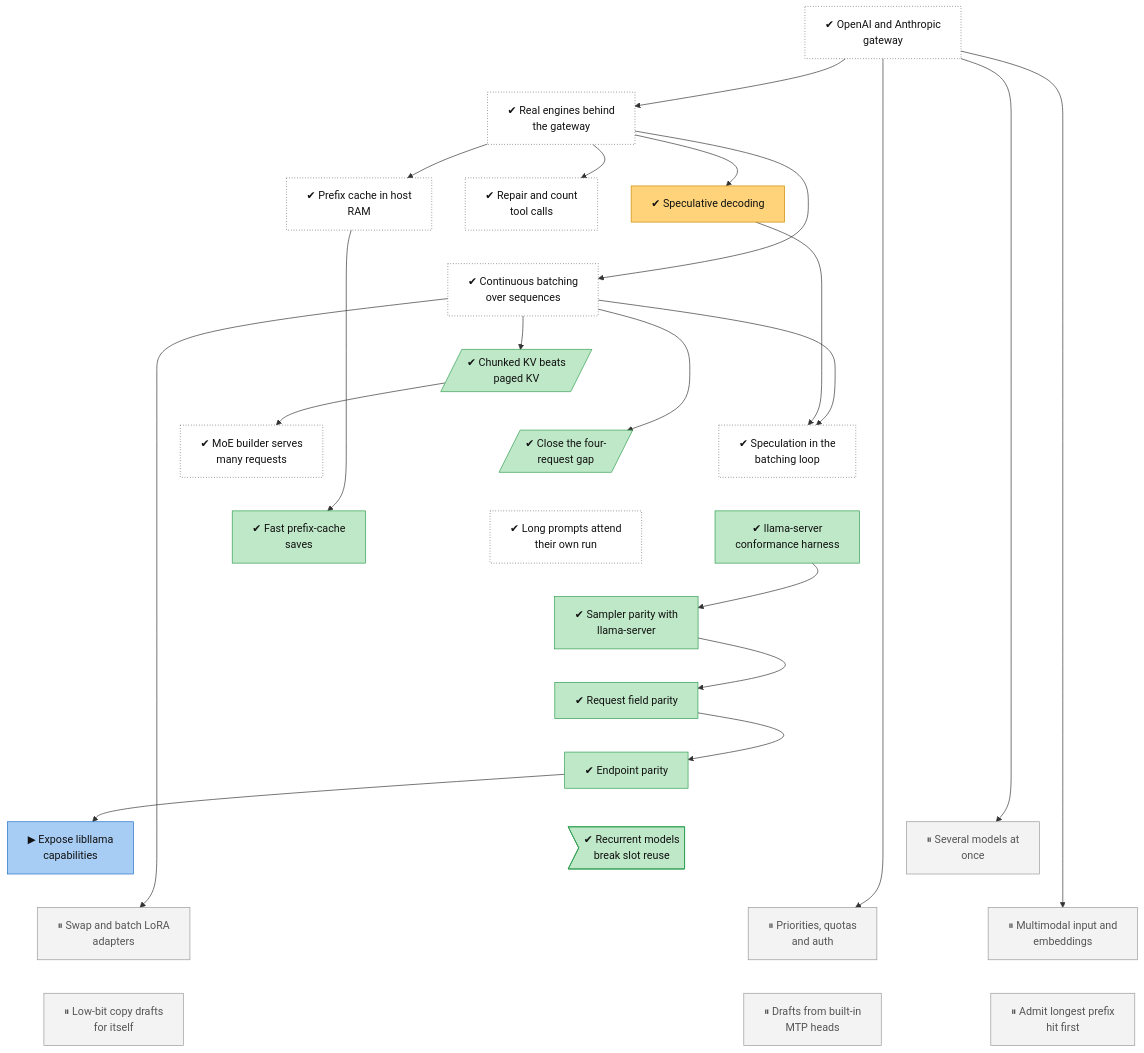
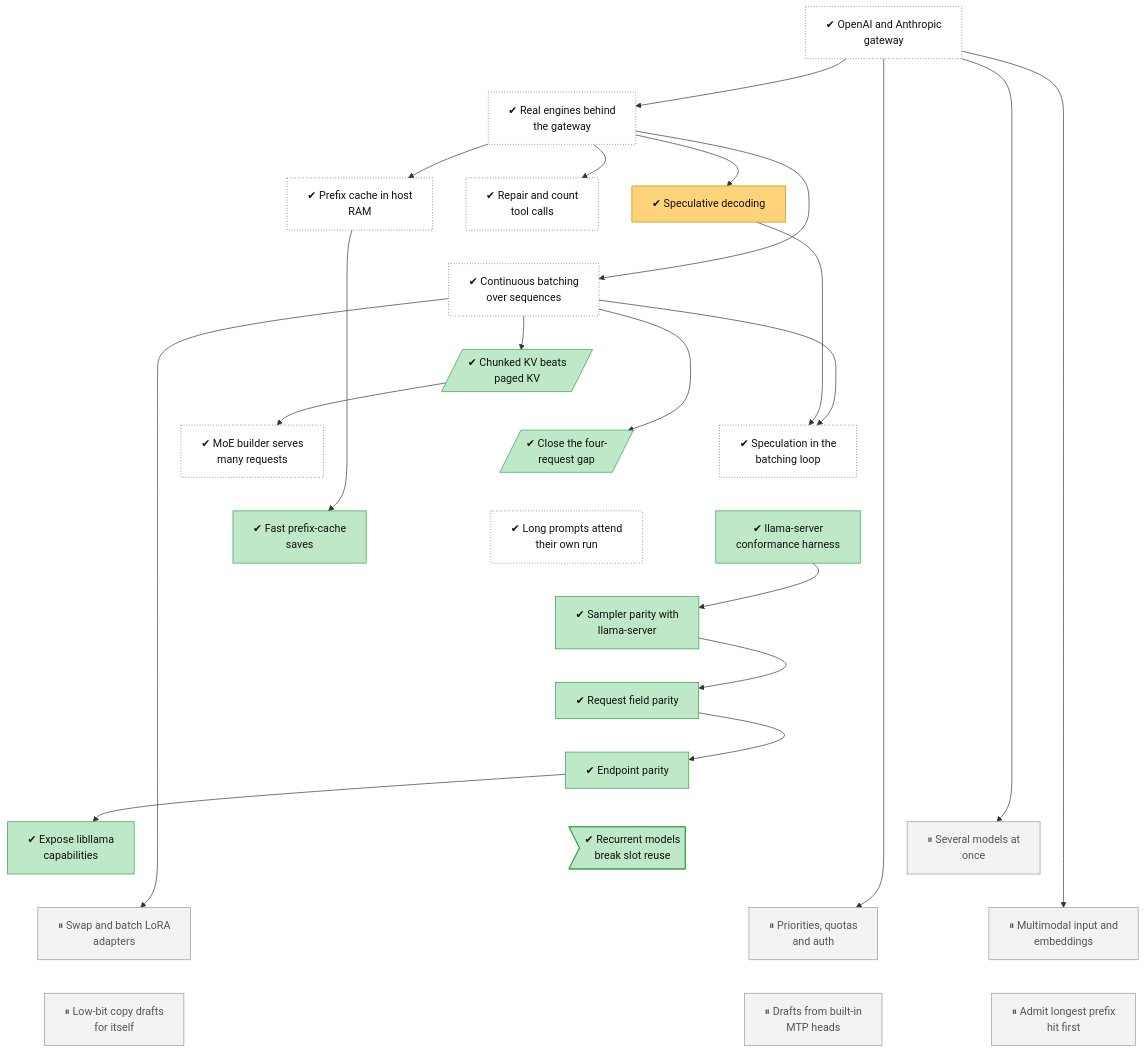
One commit to lhns/tetraeder changed the diagram in docs/roadmap/tracks/serving.md. Above: the diagram before and after it, drawn with Mermaid. The commit also changed other lines of this file and 4 other files, not shown here.

Commit message:
Tree: serving-parity-libllama done, CI run 45145783401 green on Linux, serving-parity-owner-scope next; group D matrix rows and ADR 0090 (after M2, ADR 0083 group D; not measured)

````diff
--- a/docs/roadmap/tracks/serving.md
+++ b/docs/roadmap/tracks/serving.md
@@ -25,7 +25,7 @@
     serving_parity_sampling["✔ Sampler parity with<br/>llama-server"]
     serving_parity_fields["✔ Request field parity"]
     serving_parity_endpoints["✔ Endpoint parity"]
-    serving_parity_libllama["▶ Expose libllama<br/>capabilities"]
+    serving_parity_libllama["✔ Expose libllama<br/>capabilities"]
     serving_recurrent_reuse>"✔ Recurrent models<br/>break slot reuse"]
     serving_multi_model["⏸ Several models at<br/>once"]
     serving_multi_lora["⏸ Swap and batch LoRA<br/>adapters"]
@@ -97,7 +97,6 @@
     classDef waiting fill:#e3f2fd,stroke:#1f6fc5,stroke-dasharray:5 5,color:#111
     class serving_gateway,serving_real_engines,serving_prefix_cache,serving_tool_calls,serving_batching,serving_moe_batch,serving_spec_batching,serving_own_run_attention unrated
     class serving_speculative mixed
-    class serving_kv_layout,serving_c4_gap,serving_prefix_save,serving_parity_harness,serving_parity_sampling,serving_parity_fields,serving_parity_endpoints,serving_recurrent_reuse succ
-    class serving_parity_libllama inprog
+    class serving_kv_layout,serving_c4_gap,serving_prefix_save,serving_parity_harness,serving_parity_sampling,serving_parity_fields,serving_parity_endpoints,serving_parity_libllama,serving_recurrent_reuse succ
     class serving_multi_model,serving_multi_lora,serving_auth_quotas,serving_multimodal,serving_self_spec,serving_mtp_drafts,serving_prefix_first parked
 ```
````
